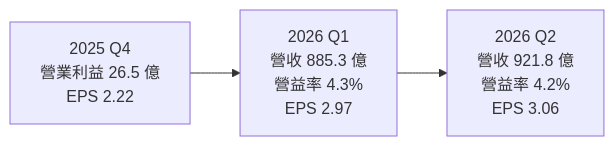
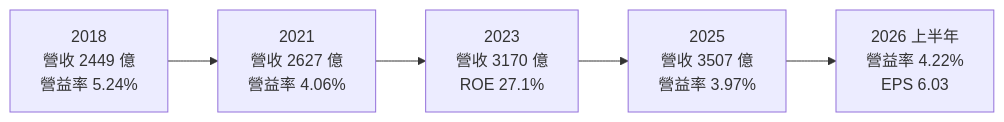
The third of 4 diagrams in 個股/台股/2912統一超.md (wangnick1004/taiwan-stock-vault), drawn with Mermaid before and after one commit. The commit also changed other lines of this file and 7 other files, not shown here.

````diff
--- a/個股/台股/2912統一超.md
+++ b/個股/台股/2912統一超.md
@@ -141,4 +147,4 @@
 ```mermaid
 flowchart LR
-    Q4["2025 Q4<br/>營業利益 26.5 億<br/>EPS 2.22"] --> Q1["2026 Q1<br/>營收 885.3 億<br/>營益率 4.3%<br/>EPS 2.97"] --> Q2["2026 Q2<br/>營收 921.8 億<br/>營益率 4.2%<br/>EPS 3.06"]
+    Y18["2018<br/>營收 2449 億<br/>營益率 5.24%"] --> Y21["2021<br/>營收 2627 億<br/>營益率 4.06%"] --> Y23["2023<br/>營收 3170 億<br/>ROE 27.1%"] --> Y25["2025<br/>營收 3507 億<br/>營益率 3.97%"] --> H26["2026 上半年<br/>營益率 4.22%<br/>EPS 6.03"]
 ```
````
